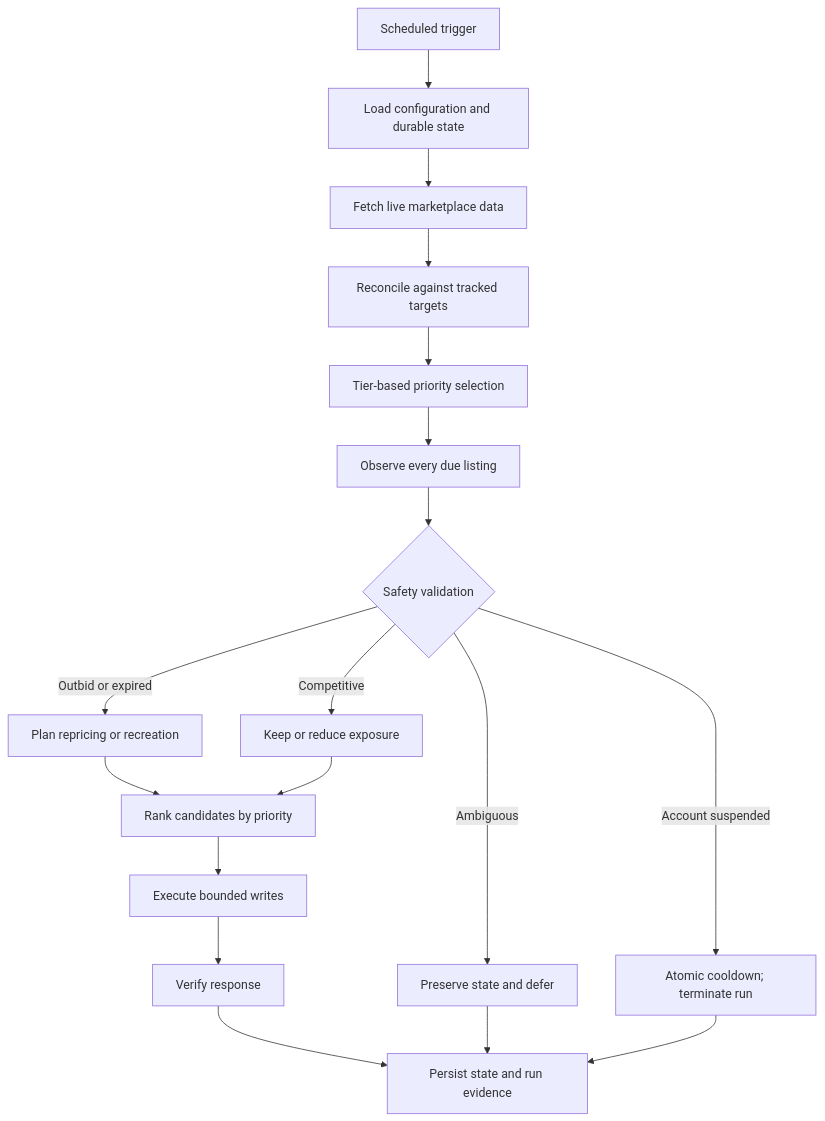
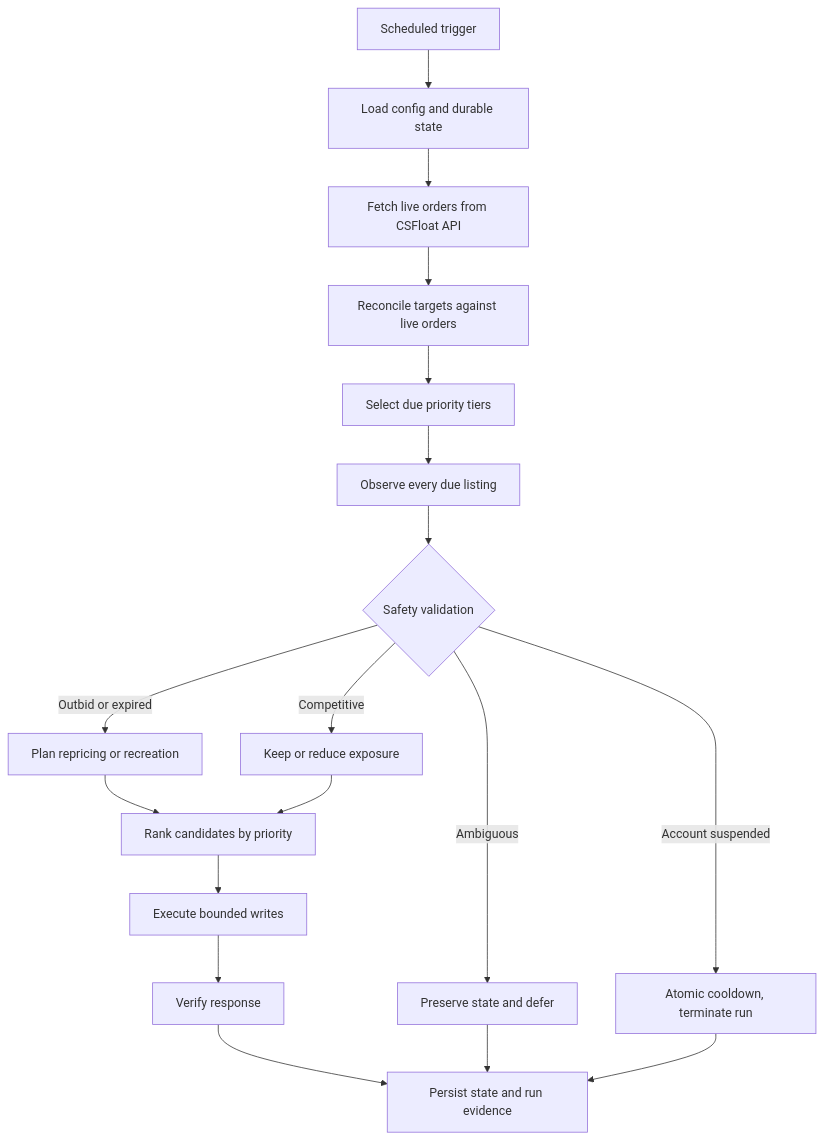
Before and after one commit to ChardXBT/CS2-Marketplace-Trading-System: the second of 4 diagrams in README.md, drawn with Mermaid. The commit also changed other lines of this file, not shown here.

First line of the commit message:
Add flowcharts for each major bot, remove em dashes

````diff
--- a/README.md
+++ b/README.md
@@ -38,20 +42,20 @@
 ```mermaid
 flowchart TD
-    A["Scheduled trigger"] --> B["Load configuration and durable state"]
-    B --> C["Fetch live marketplace data"]
-    C --> D["Reconcile against tracked targets"]
-    D --> E["Tier-based priority selection"]
+    A["Scheduled trigger"] --> B["Load config and durable state"]
+    B --> C["Fetch live orders from CSFloat API"]
+    C --> D["Reconcile targets against live orders"]
+    D --> E["Select due priority tiers"]
     E --> F["Observe every due listing"]
     F --> G{"Safety validation"}
     G -->|"Outbid or expired"| H["Plan repricing or recreation"]
     G -->|"Competitive"| I["Keep or reduce exposure"]
     G -->|"Ambiguous"| J["Preserve state and defer"]
-    G -->|"Account suspended"| K["Atomic cooldown; terminate run"]
+    G -->|"Account suspended"| K["Atomic cooldown, terminate run"]
     H --> L["Rank candidates by priority"]
     I --> L
     L --> M["Execute bounded writes"]
     M --> N["Verify response"]
     N --> O["Persist state and run evidence"]
     J --> O
     K --> O
 ```
````
